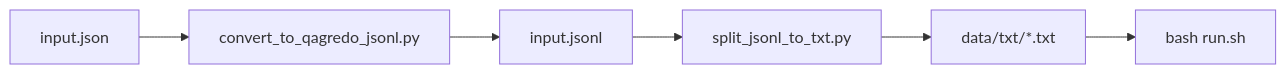
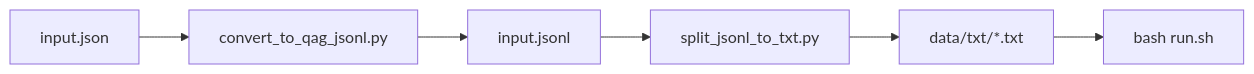
Before and after one commit to tohyewhong/qagredo-local: the second of 3 diagrams in docs/SERVER_MODEL_PROFILES.md, drawn with Mermaid. The commit also changed other lines of this file and 273 other files, not shown here.

First line of the commit message:
Add algorithm baseline v3, architecture docs, and LoRA finetune stack.

````diff
--- a/docs/SERVER_MODEL_PROFILES.md
+++ b/docs/SERVER_MODEL_PROFILES.md
@@ -111,8 +175,8 @@
 ```mermaid
 flowchart LR
-  A[input.json] --> B[convert_to_qagredo_jsonl.py]
+  A[input.json] --> B[convert_to_qag_jsonl.py]
   B --> C[input.jsonl]
   C --> D[split_jsonl_to_txt.py]
   D --> E[data/txt/*.txt]
   E --> F[bash run.sh]
 ```
````
